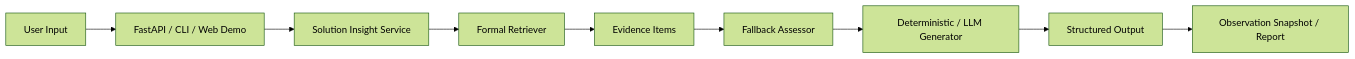
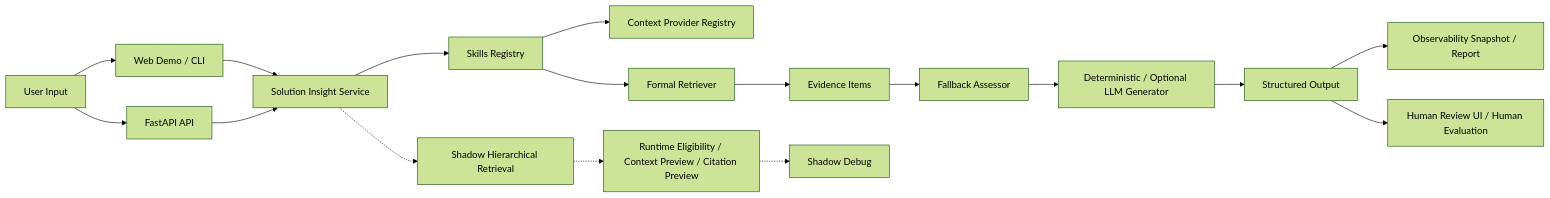
One commit to Martin-DLC/AI-Solution-Sales-Insight-Agent changed the diagram in docs/ARCHITECTURE_OVERVIEW.md. Above: the diagram before and after it, drawn with Mermaid (forest theme). The commit also changed other lines of this file and 6 other files, not shown here.

````diff
--- a/docs/ARCHITECTURE_OVERVIEW.md
+++ b/docs/ARCHITECTURE_OVERVIEW.md
@@ -15,11 +23,20 @@
 ```mermaid
 flowchart LR
-    U[User Input] --> A[FastAPI / CLI / Web Demo]
-    A --> B[Solution Insight Service]
-    B --> C[Formal Retriever]
-    C --> D[Evidence Items]
-    D --> E[Fallback Assessor]
-    E --> F[Deterministic / LLM Generator]
-    F --> G[Structured Output]
-    G --> M[Observation Snapshot / Report]
+    U["User Input"] --> W["Web Demo / CLI"]
+    U --> A["FastAPI API"]
+    W --> S["Solution Insight Service"]
+    A --> S
+    S --> K["Skills Registry"]
+    K --> C["Context Provider Registry"]
+    K --> R["Formal Retriever"]
+    R --> E["Evidence Items"]
+    E --> F["Fallback Assessor"]
+    F --> G["Deterministic / Optional LLM Generator"]
+    G --> O["Structured Output"]
+    O --> B["Observability Snapshot / Report"]
+    O --> H["Human Review UI / Human Evaluation"]
+
+    S -.-> X["Shadow Hierarchical Retrieval"]
+    X -.-> Y["Runtime Eligibility / Context Preview / Citation Preview"]
+    Y -.-> Z["Shadow Debug"]
 ```
````
